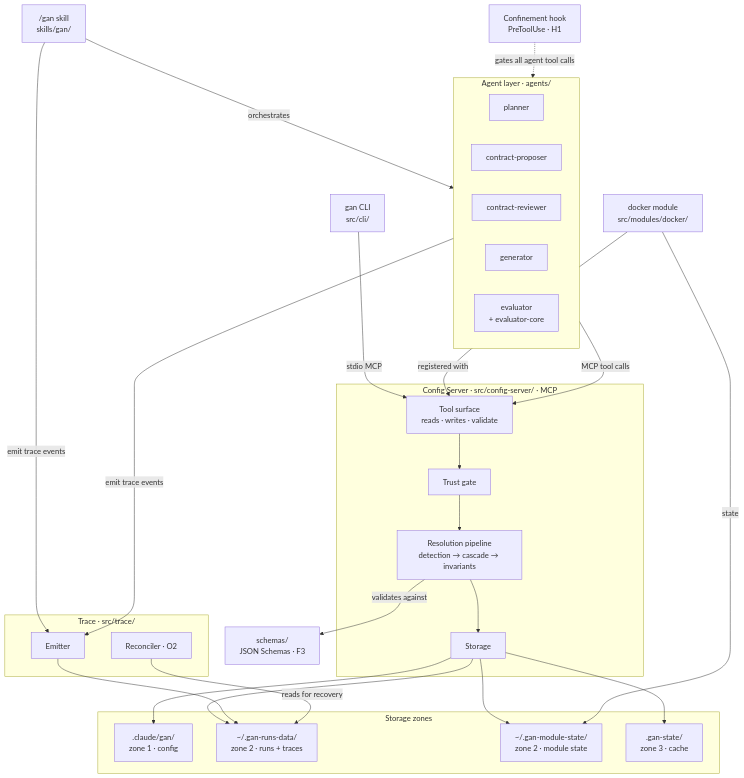
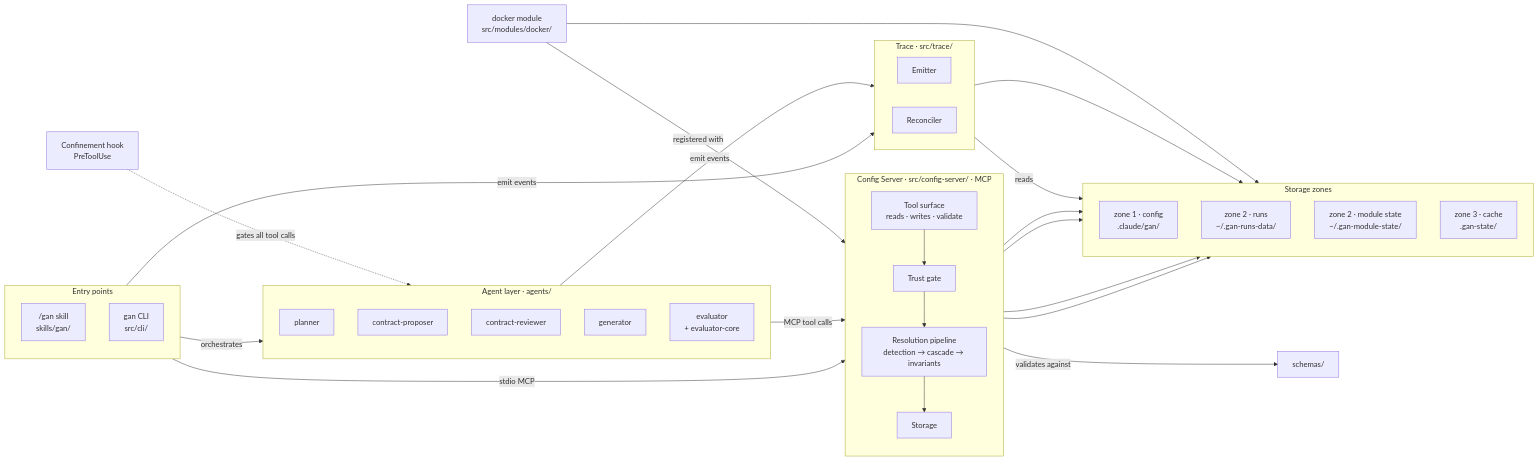
Before and after one commit to Thomas-AppForceOne/ClaudeAgents: the first of 4 diagrams in documentation/subsystem-architecture.md, drawn with Mermaid. The commit also changed other lines of this file, not shown here.

Commit message:
docs: rearrange component diagram to LR layout, remove spec references
- Switch diagram 1 to flowchart LR so the main flow (entry → agents →
  config server → storage) reads left-to-right with fewer line crossings
- Group /gan skill and gan CLI together in an Entry points subgraph
- Place Trace adjacent to agents (short emit-event lines)
- Place schemas and docker adjacent to the config server
- Remove all spec code references (H1, F3, C2, O2, etc.) from all diagrams

````diff
--- a/documentation/subsystem-architecture.md
+++ b/documentation/subsystem-architecture.md
@@ -9,55 +13,58 @@
 ```mermaid
-flowchart TB
-    CLI["gan CLI\nsrc/cli/"]
-    SKILL["/gan skill\nskills/gan/"]
+flowchart LR
+    subgraph ENTRY["Entry points"]
+        direction TB
+        SKILL["/gan skill\nskills/gan/"]
+        CLI["gan CLI\nsrc/cli/"]
+    end
 
-    subgraph AL["Agent layer  ·  agents/"]
-        direction LR
+    HOOK["Confinement hook\nPreToolUse"]
+
+    subgraph AL["Agent layer · agents/"]
+        direction TB
         PL["planner"]
         CP["contract-proposer"]
         CR["contract-reviewer"]
         GN["generator"]
         EV["evaluator\n+ evaluator-core"]
     end
 
-    HOOK["Confinement hook\nPreToolUse  ·  H1"]
-
-    subgraph CS["Config Server  ·  src/config-server/  ·  MCP"]
+    subgraph CS["Config Server · src/config-server/ · MCP"]
+        direction TB
         MT["Tool surface\nreads · writes · validate"]
         TG["Trust gate"]
         RP["Resolution pipeline\ndetection → cascade → invariants"]
         ST["Storage"]
         MT --> TG --> RP --> ST
     end
 
-    subgraph TR["Trace  ·  src/trace/"]
+    SCH["schemas/"]
+    DK["docker module\nsrc/modules/docker/"]
+
+    subgraph TR["Trace · src/trace/"]
+        direction LR
         EM["Emitter"]
-        RC["Reconciler  ·  O2"]
+        RC["Reconciler"]
     end
 
-    DK["docker module\nsrc/modules/docker/"]
-    SCH["schemas/\nJSON Schemas  ·  F3"]
-
     subgraph ZN["Storage zones"]
-        Z1[".claude/gan/\nzone 1 · config"]
-        Z2R["~/.gan-runs-data/\nzone 2 · runs + traces"]
-        Z2M["~/.gan-module-state/\nzone 2 · module state"]
-        Z3[".gan-state/\nzone 3 · cache"]
+        direction TB
+        Z1["zone 1 · config\n.claude/gan/"]
+        Z2R["zone 2 · runs\n~/.gan-runs-data/"]
+        Z2M["zone 2 · module state\n~/.gan-module-state/"]
+        Z3["zone 3 · cache\n.gan-state/"]
     end
 
-    CLI -->|"stdio MCP"| MT
-    SKILL -->|"orchestrates"| AL
-    AL -->|"MCP tool calls"| MT
-    HOOK -.->|"gates all agent tool calls"| AL
-
-    RP -->|"validates against"| SCH
-    ST --> Z1 & Z2R & Z2M & Z3
-
-    SKILL -->|"emit trace events"| EM
-    AL -->|"emit trace events"| EM
-    EM --> Z2R
-    RC -->|"reads for recovery"| Z2R
-
-    DK -->|"registered with"| MT
-    DK -->|"state"| Z2M
+    SKILL      -->|"orchestrates"| AL
+    CLI        -->|"stdio MCP"| MT
+    HOOK      -.->|"gates all tool calls"| AL
+    AL         -->|"MCP tool calls"| CS
+    DK         -->|"registered with"| MT
+    RP         -->|"validates against"| SCH
+    ST         --> Z1 & Z2R & Z2M & Z3
+    SKILL      -->|"emit events"| EM
+    AL         -->|"emit events"| EM
+    EM         --> Z2R
+    RC         -->|"reads"| Z2R
+    DK         --> Z2M
 ```
````
